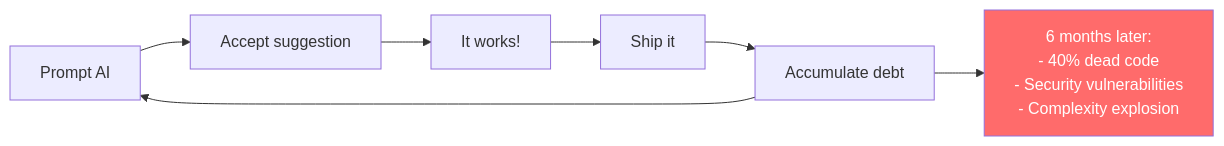
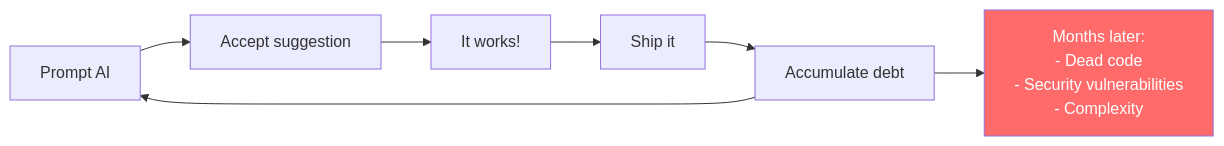
One commit to duriantaco/skylos-docs changed the second of 2 diagrams in docs/concepts/vibe-coding.mdx. Above: the diagram before and after it, drawn with Mermaid. The commit also changed other lines of this file and 59 other files, not shown here.

````diff
--- a/docs/concepts/vibe-coding.mdx
+++ b/docs/concepts/vibe-coding.mdx
@@ -171,12 +161,12 @@
 ```mermaid
 flowchart LR
     A["Prompt AI"] --> B["Accept suggestion"]
     B --> C["It works!"]
     C --> D["Ship it"]
     D --> E["Accumulate debt"]
     E --> A
 
-    E --> F["6 months later:\n- 40% dead code\n- Security vulnerabilities\n- Complexity explosion"]
+    E --> F["Months later:\n- Dead code\n- Security vulnerabilities\n- Complexity"]
 
     style F fill:#ff6b6b,color:#fff
 ```
````
